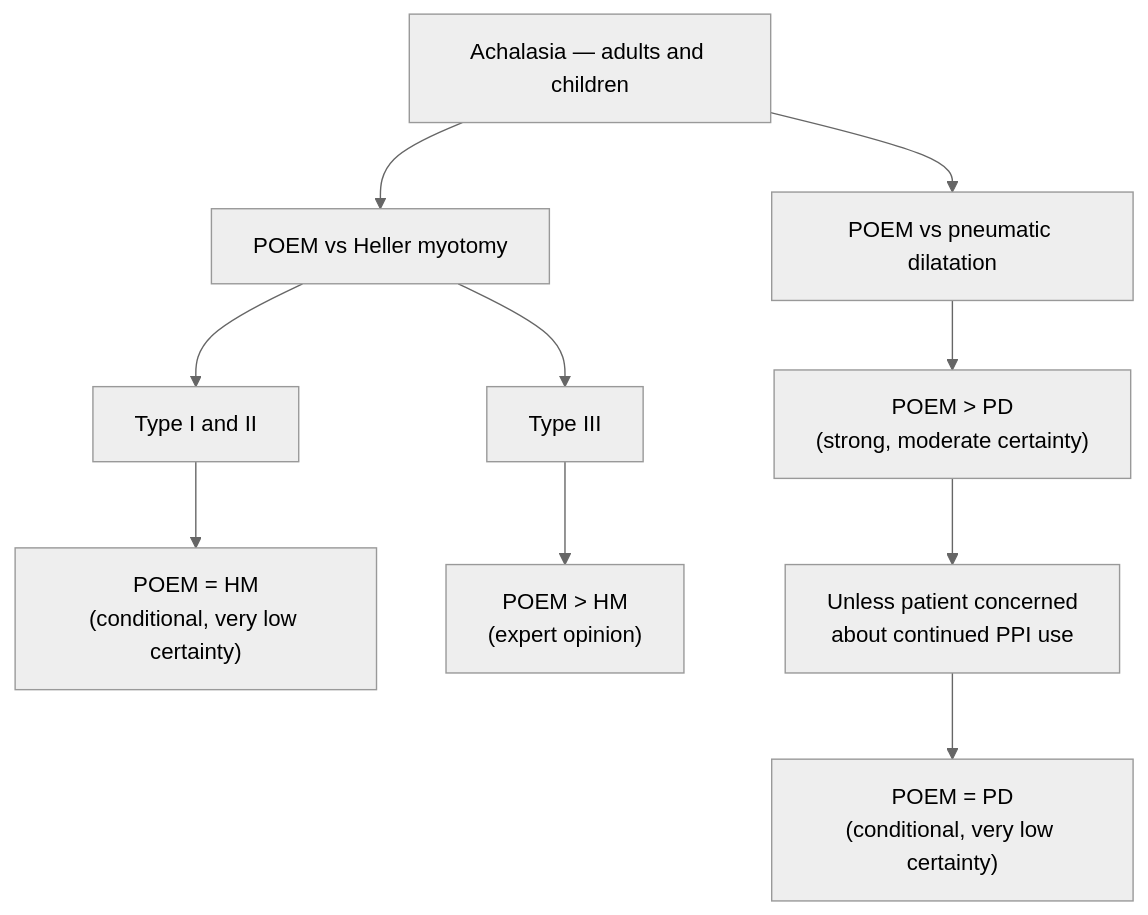
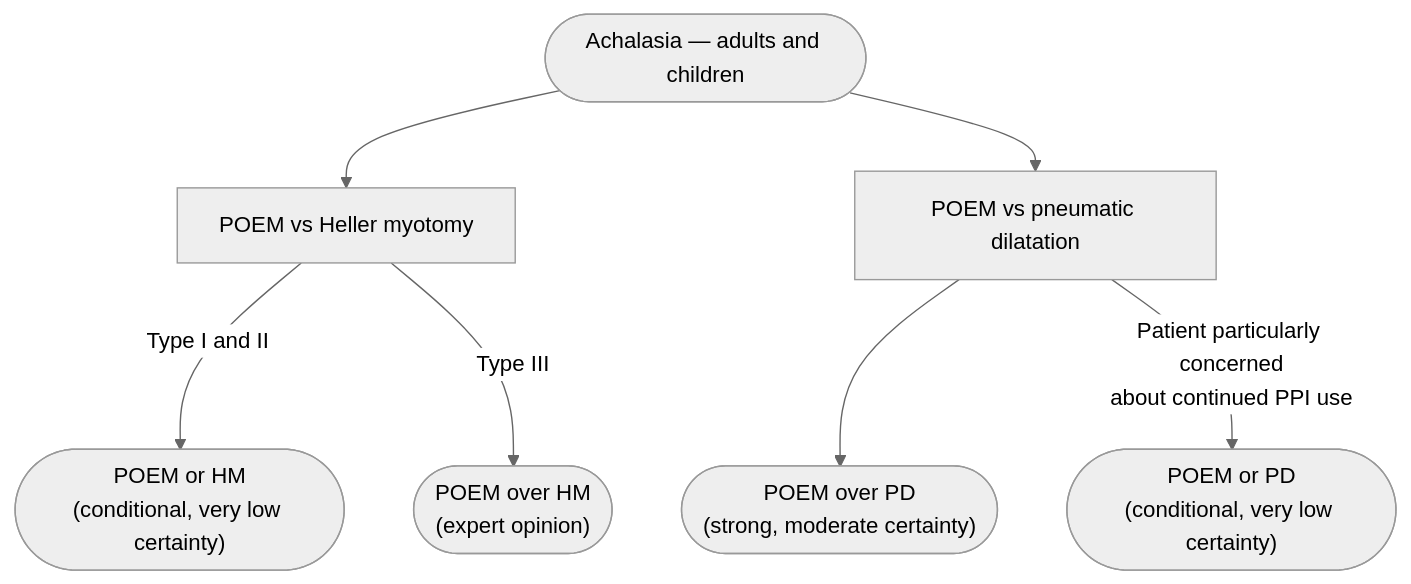
Before and after one commit to KHNickLeMD/KHNL-GI-Wiki: the diagram in KHNL-GI-Wiki/wiki/sources/sages-2021-poem.md, drawn with Mermaid (neutral theme). The commit also changed other lines of this file and 22 other files, not shown here.

````diff
--- a/KHNL-GI-Wiki/wiki/sources/sages-2021-poem.md
+++ b/KHNL-GI-Wiki/wiki/sources/sages-2021-poem.md
@@ -60,12 +61,12 @@
 ```mermaid
 flowchart TD
-    A["Achalasia — adults and children"] --> B["POEM vs Heller myotomy"]
+    A(["Achalasia — adults and children"]) --> B["POEM vs Heller myotomy"]
     A --> C["POEM vs pneumatic dilatation"]
-    B --> D["Type I and II"]
-    B --> E["Type III"]
-    D --> F["POEM = HM<br/>(conditional, very low certainty)"]
-    E --> G["POEM > HM<br/>(expert opinion)"]
-    C --> H["POEM > PD<br/>(strong, moderate certainty)"]
-    H --> I["Unless patient concerned<br/>about continued PPI use"]
-    I --> J["POEM = PD<br/>(conditional, very low certainty)"]
+    B -- "Type I and II" --> F(["POEM or HM<br/>(conditional, very low certainty)"])
+    B -- "Type III" --> G(["POEM over HM<br/>(expert opinion)"])
+    C --> H(["POEM over PD<br/>(strong, moderate certainty)"])
+    C -- "Patient particularly concerned<br/>about continued PPI use" --> J(["POEM or PD<br/>(conditional, very low certainty)"])
+    class A start
+    class B,C test
+    class F,G,H,J act
 ```
````
